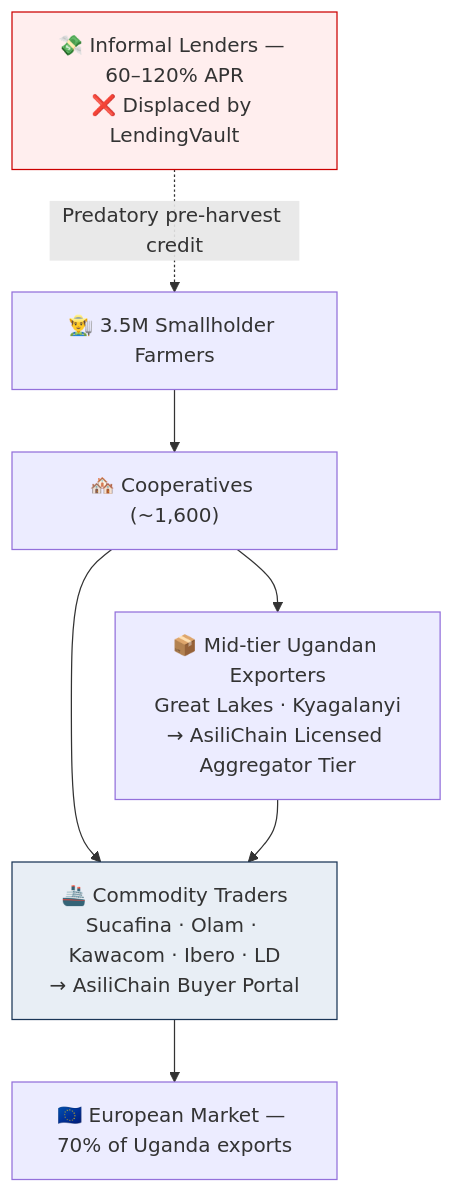
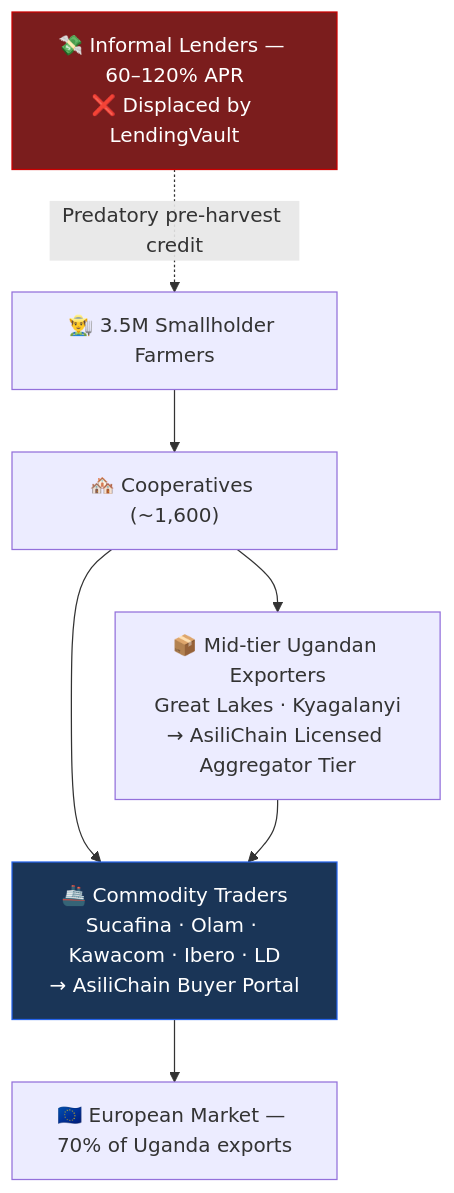
One commit to AsiliChain/docs changed the diagram in src/content/docs/overview/supply-chain-actors.mdx. Above: the diagram before and after it, drawn with Mermaid. The commit also changed other lines of this file and 325 other files, not shown here.

Commit message:
fix: apply 10 critical fixes — mermaid, double H1, table overflow, theme, contrast, callouts

````diff
--- a/src/content/docs/overview/supply-chain-actors.mdx
+++ b/src/content/docs/overview/supply-chain-actors.mdx
@@ -29,18 +27,21 @@
 ```mermaid
 graph TD
     F["👨‍🌾 3.5M Smallholder Farmers"]
     CO["🏘️ Cooperatives (~1,600)"]
-    IL["💸 Informal Lenders — 60–120% APR\n❌ Displaced by LendingVault"]
-    AGG["📦 Mid-tier Ugandan Exporters\nGreat Lakes · Kyagalanyi\n→ AsiliChain Licensed Aggregator Tier"]
-    EXP["🚢 Commodity Traders\nSucafina · Olam · Kawacom · Ibero · LD\n→ AsiliChain Buyer Portal"]
+    IL["💸 Informal Lenders — 60–120% APR
+❌ Displaced by LendingVault"]
+    AGG["📦 Mid-tier Ugandan Exporters
+Great Lakes · Kyagalanyi
+→ AsiliChain Licensed Aggregator Tier"]
+    EXP["🚢 Commodity Traders
+Sucafina · Olam · Kawacom · Ibero · LD
+→ AsiliChain Buyer Portal"]
     EU["🇪🇺 European Market — 70% of Uganda exports"]
-
     F --> CO
     IL -.->|"Predatory pre-harvest credit"| F
     CO --> AGG & EXP
     AGG --> EXP
     EXP --> EU
-
-    style IL fill:#FFEEEE,stroke:#CC0000
-    style EXP fill:#E8EEF5,stroke:#1A3557
+    style IL fill:#7B1D1D,color:#FFFFFF,stroke:#CC0000
+    style EXP fill:#1A3557,color:#FFFFFF,stroke:#2563EB
 ```
````
